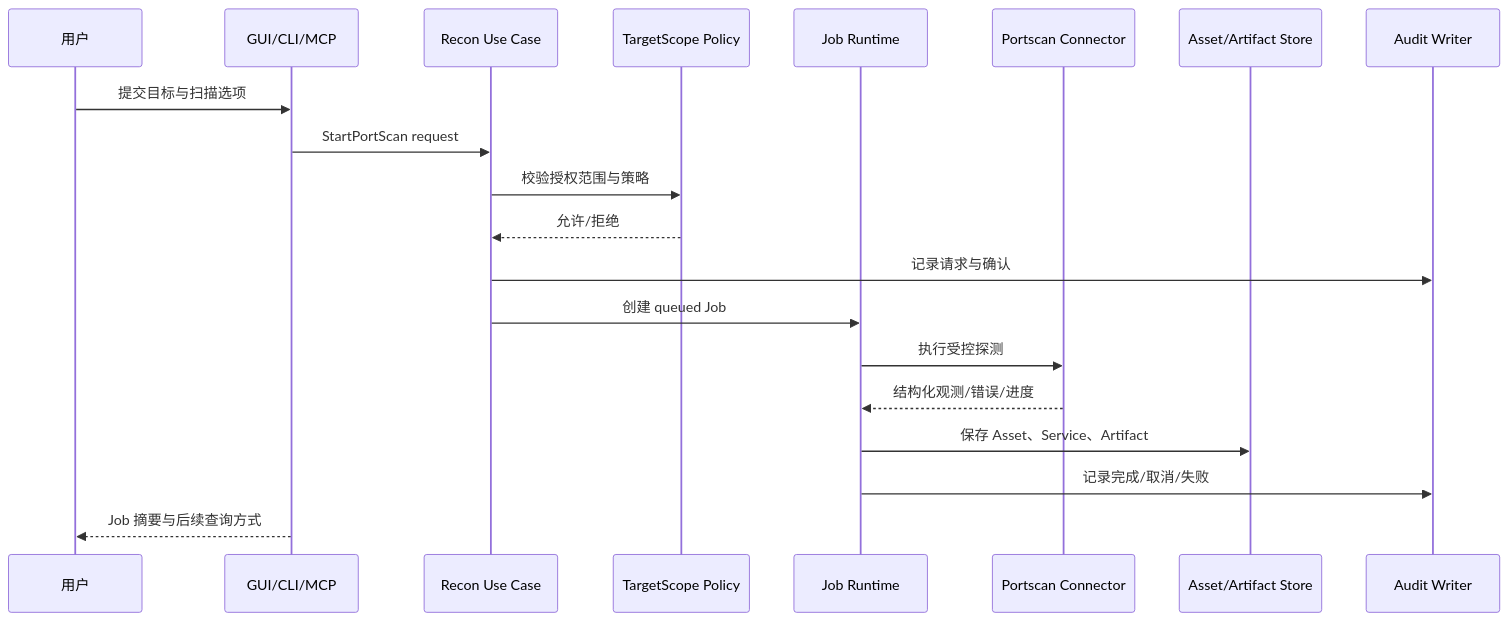
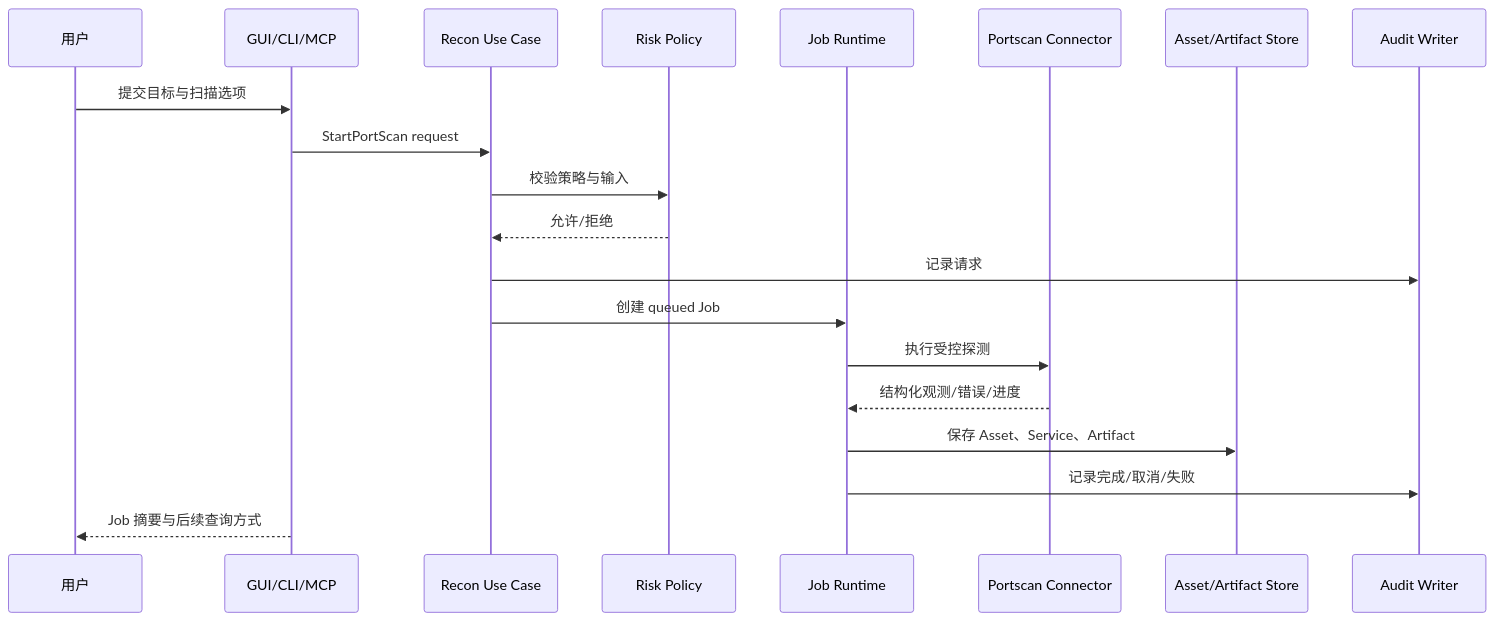
One commit to only9464/Wailf changed the diagram in docs/features/port-scan.md. Above: the diagram before and after it, drawn with Mermaid. The commit also changed other lines of this file and 43 other files, not shown here.

````diff
--- a/docs/features/port-scan.md
+++ b/docs/features/port-scan.md
@@ -39,23 +35,23 @@
 ```mermaid
 sequenceDiagram
     participant User as 用户
     participant Entry as GUI/CLI/MCP
     participant Recon as Recon Use Case
-    participant Scope as TargetScope Policy
+    participant Policy as Risk Policy
     participant Jobs as Job Runtime
     participant Conn as Portscan Connector
     participant Store as Asset/Artifact Store
     participant Audit as Audit Writer
 
     User->>Entry: 提交目标与扫描选项
     Entry->>Recon: StartPortScan request
-    Recon->>Scope: 校验授权范围与策略
-    Scope-->>Recon: 允许/拒绝
-    Recon->>Audit: 记录请求与确认
+    Recon->>Policy: 校验策略与输入
+    Policy-->>Recon: 允许/拒绝
+    Recon->>Audit: 记录请求
     Recon->>Jobs: 创建 queued Job
     Jobs->>Conn: 执行受控探测
     Conn-->>Jobs: 结构化观测/错误/进度
     Jobs->>Store: 保存 Asset、Service、Artifact
     Jobs->>Audit: 记录完成/取消/失败
     Entry-->>User: Job 摘要与后续查询方式
 ```
````
